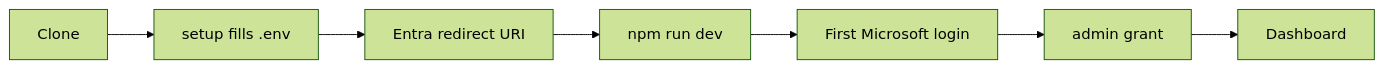
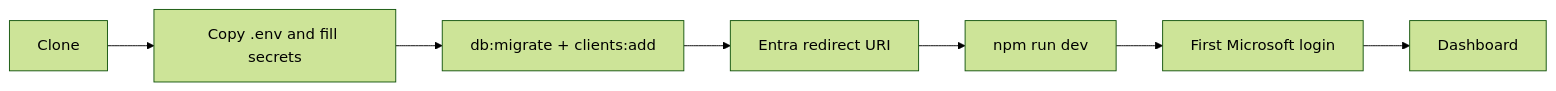
Before and after one commit to basishacks/basis-docs: the diagram in docs/getting-started.md, drawn with Mermaid (forest theme). The commit also changed other lines of this file, not shown here.

````diff
--- a/docs/getting-started.md
+++ b/docs/getting-started.md
@@ -50,9 +68,9 @@
 ```mermaid
 flowchart LR
-  A[Clone] --> B[setup fills .env]
-  B --> C[Entra redirect URI]
-  C --> D[npm run dev]
-  D --> E[First Microsoft login]
-  E --> F[admin grant]
+  A[Clone] --> B[Copy .env and fill secrets]
+  B --> C[db:migrate + clients:add]
+  C --> D[Entra redirect URI]
+  D --> E[npm run dev]
+  E --> F[First Microsoft login]
   F --> G[Dashboard]
 ```
````
